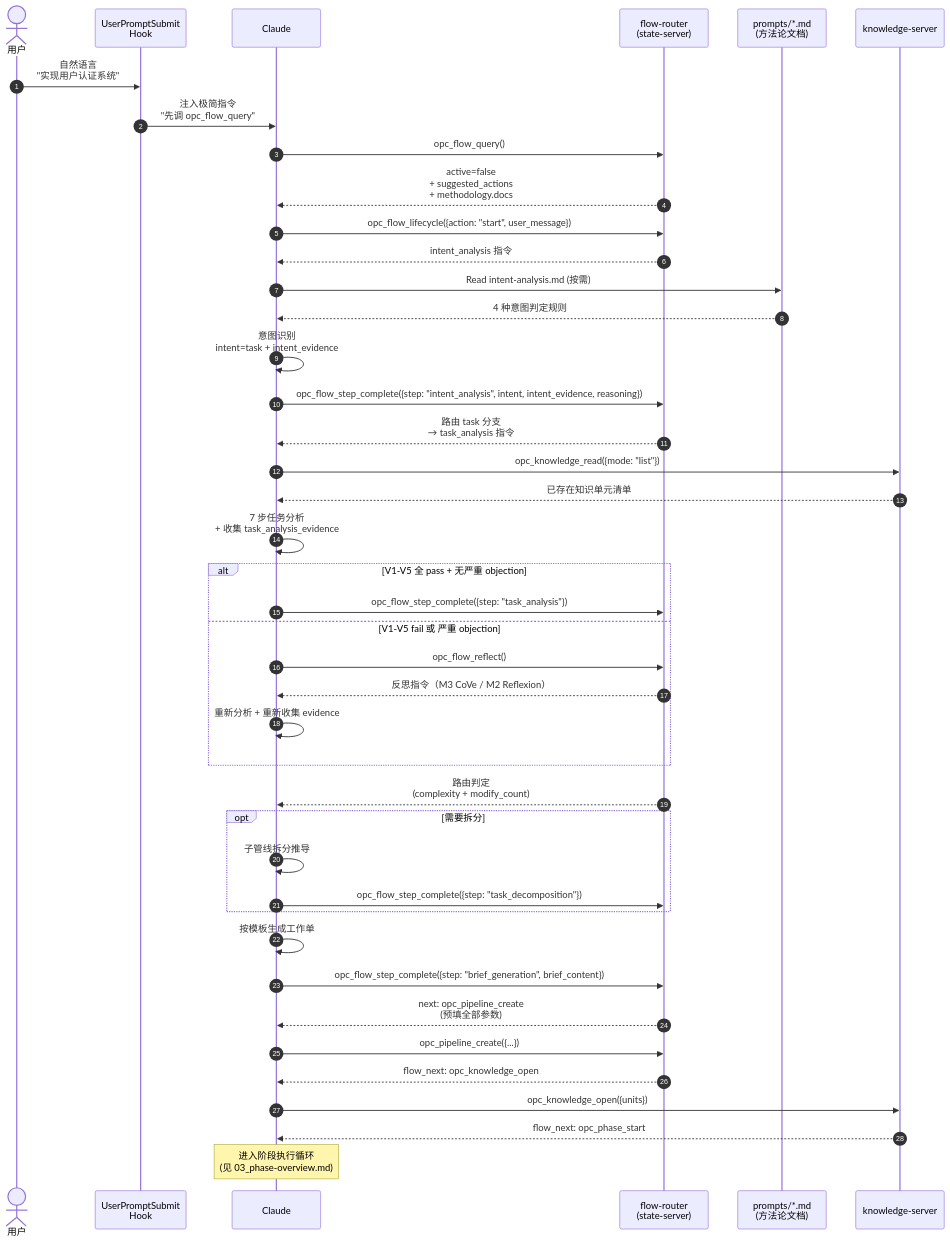
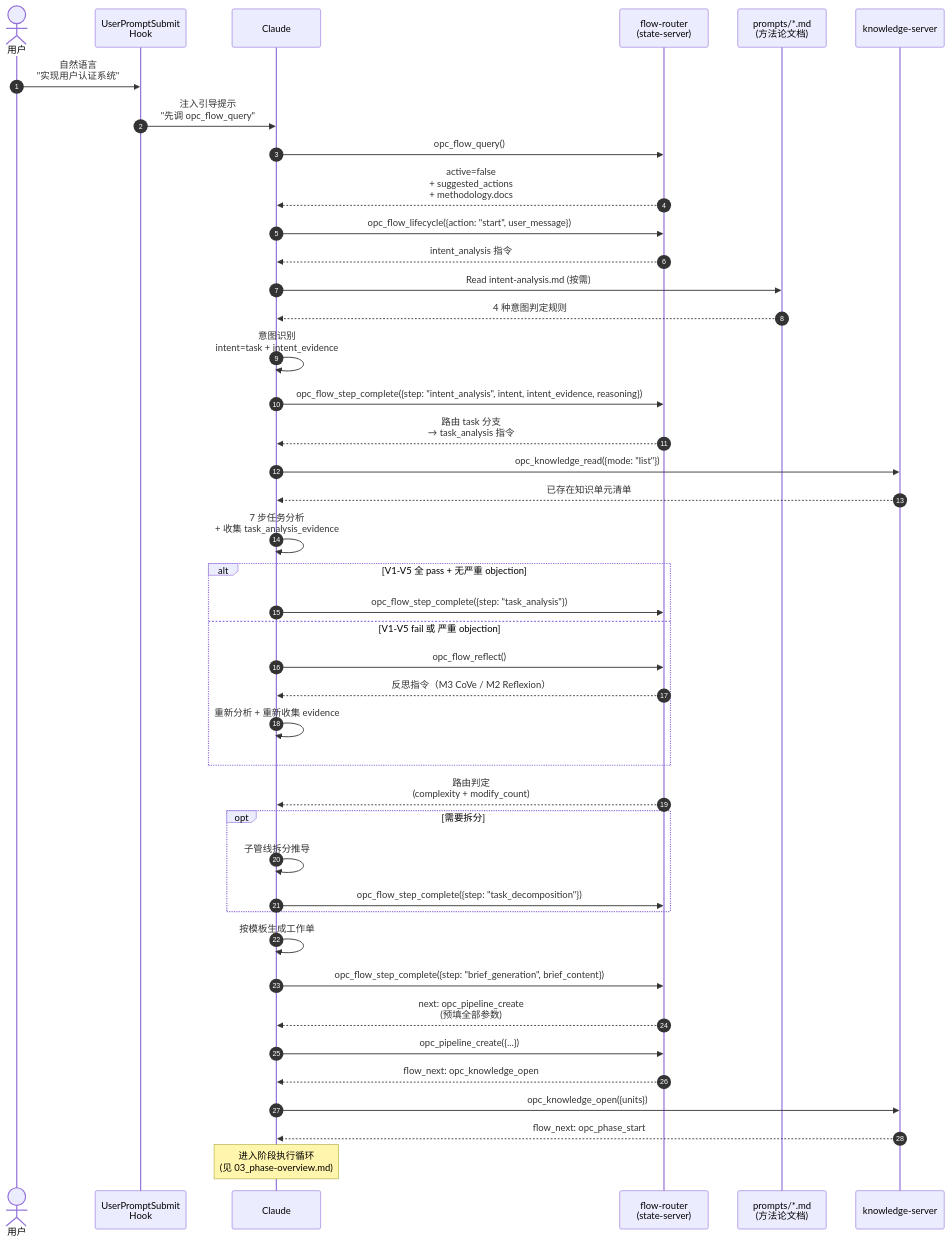
Before and after one commit to CaffeineOddity/opc-marketplace: the first of 2 diagrams in doc/feature/02-opc-state-server/01-intent-analysis/00_overview.md, drawn with Mermaid. The commit also changed other lines of this file and 11 other files, not shown here.

````diff
--- a/doc/feature/02-opc-state-server/01-intent-analysis/00_overview.md
+++ b/doc/feature/02-opc-state-server/01-intent-analysis/00_overview.md
@@ -13,54 +13,54 @@
 ```mermaid
 sequenceDiagram
     autonumber
     actor U as 用户
     participant H as UserPromptSubmit<br/>Hook
     participant C as Claude
     participant F as flow-router<br/>(state-server)
     participant P as prompts/*.md<br/>(方法论文档)
     participant K as knowledge-server
 
     U->>H: 自然语言<br/>"实现用户认证系统"
-    H->>C: 注入极简指令<br/>"先调 opc_flow_query"
+    H->>C: 注入引导提示<br/>"先调 opc_flow_query"
 
     C->>F: opc_flow_query()
     F-->>C: active=false<br/>+ suggested_actions<br/>+ methodology.docs
 
     C->>F: opc_flow_lifecycle({action: "start", user_message})
     F-->>C: intent_analysis 指令
 
     C->>P: Read intent-analysis.md (按需)
     P-->>C: 4 种意图判定规则
     C->>C: 意图识别<br/>intent=task + intent_evidence
     C->>F: opc_flow_step_complete({step: "intent_analysis", intent, intent_evidence, reasoning})
     F-->>C: 路由 task 分支<br/>→ task_analysis 指令
 
     C->>K: opc_knowledge_read({mode: "list"})
     K-->>C: 已存在知识单元清单
     C->>C: 7 步任务分析<br/>+ 收集 task_analysis_evidence
 
     alt V1-V5 全 pass + 无严重 objection
         C->>F: opc_flow_step_complete({step: "task_analysis"})
     else V1-V5 fail 或 严重 objection
         C->>F: opc_flow_reflect()
         F-->>C: 反思指令（M3 CoVe / M2 Reflexion）
         C->>C: 重新分析 + 重新收集 evidence
     end
 
     F-->>C: 路由判定<br/>(complexity + modify_count)
 
     opt 需要拆分
         C->>C: 子管线拆分推导
         C->>F: opc_flow_step_complete({step: "task_decomposition"})
     end
 
     C->>C: 按模板生成工作单
     C->>F: opc_flow_step_complete({step: "brief_generation", brief_content})
     F-->>C: next: opc_pipeline_create<br/>(预填全部参数)
 
     C->>F: opc_pipeline_create({...})
     F-->>C: flow_next: opc_knowledge_open
     C->>K: opc_knowledge_open({units})
     K-->>C: flow_next: opc_phase_start
     Note over C: 进入阶段执行循环<br/>(见 03_phase-overview.md)
 ```
````
